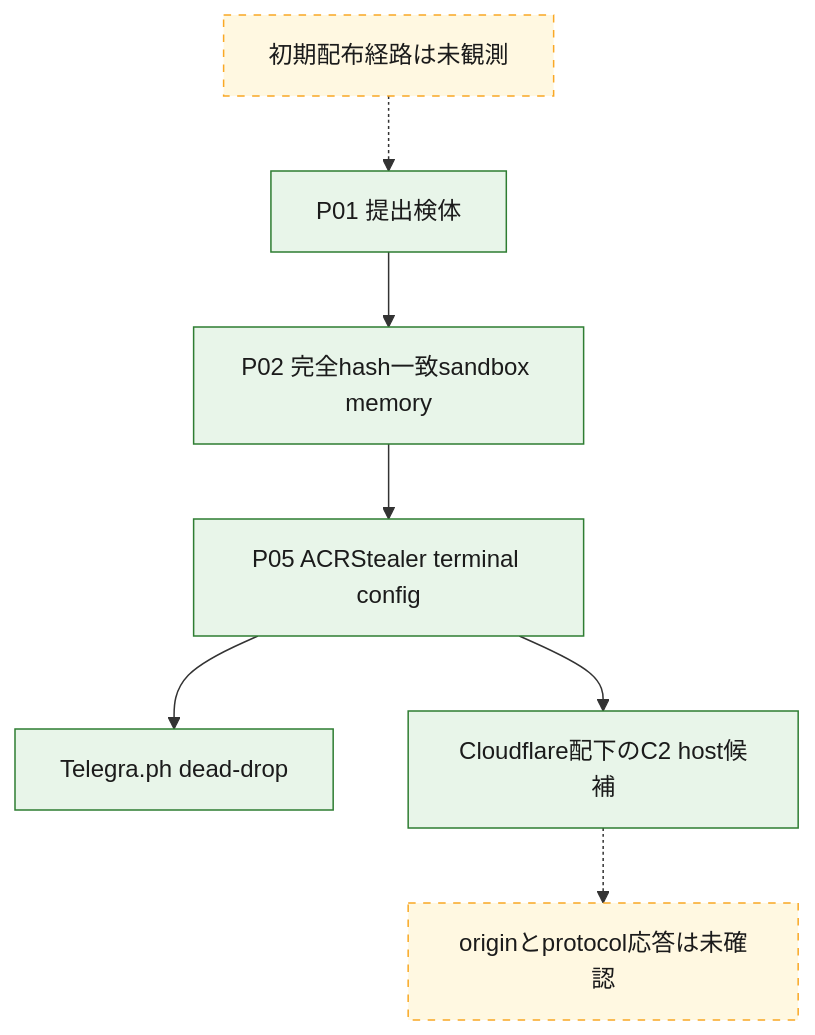
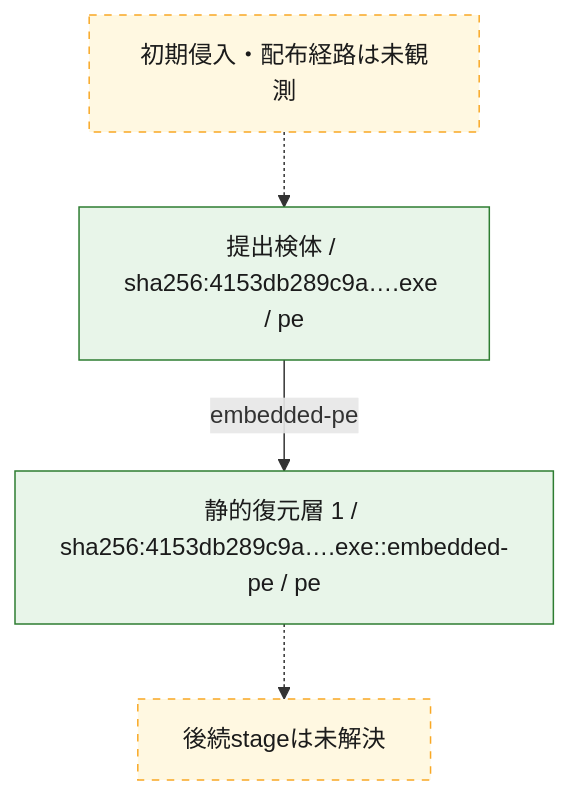
One commit to proshiba/AI-security-analysis changed the second of 3 diagrams in analysis-results/malware/stealc/versions/unknown/cases/4153db289c9a3de57845890aadeec7951fcf5516fd39f25c6d8c3e42fc21f801/OVERALL-LOGIC.md. Above: the diagram before and after it, drawn with Mermaid. The commit also changed other lines of this file and 153 other files, not shown here.

````diff
--- a/analysis-results/malware/stealc/versions/unknown/cases/4153db289c9a3de57845890aadeec7951fcf5516fd39f25c6d8c3e42fc21f801/OVERALL-LOGIC.md
+++ b/analysis-results/malware/stealc/versions/unknown/cases/4153db289c9a3de57845890aadeec7951fcf5516fd39f25c6d8c3e42fc21f801/OVERALL-LOGIC.md
@@ -31,13 +37,15 @@
 ```mermaid
 flowchart TD
-  c00["初期配布経路は未観測"] -.-> c01["P01 提出検体"]
-  c01 --> c02["P02 完全hash一致sandbox memory"]
-  c02 --> c03["P05 ACRStealer terminal config"]
-  c03 --> c04["Telegra.ph dead-drop"]
-  c03 --> c05["Cloudflare配下のC2 host候補"]
-  c05 -.-> c06["originとprotocol応答は未確認"]
-  class c01,c02,c03,c04,c05 confirmed
-  class c00,c06 unresolved
+  chain_initial["初期侵入・配布経路は未観測"]
+  chain_01["提出検体 / sha256:4153db289c9a….exe / pe"]
+  chain_02["静的復元層 1 / sha256:4153db289c9a….exe::embedded-pe / pe"]
+  chain_01 -->|embedded-pe| chain_02
+  chain_initial -.-> chain_01
+  chain_unknown["後続stageは未解決"]
+  chain_02 -.-> chain_unknown
+  class chain_unknown unresolved
+  class chain_01,chain_02 confirmed
+  class chain_initial unresolved
   classDef confirmed fill:#e8f5e9,stroke:#2e7d32,color:#1b1b1b
   classDef unresolved fill:#fff8e1,stroke:#f9a825,color:#1b1b1b,stroke-dasharray:5 5
 ```
````
